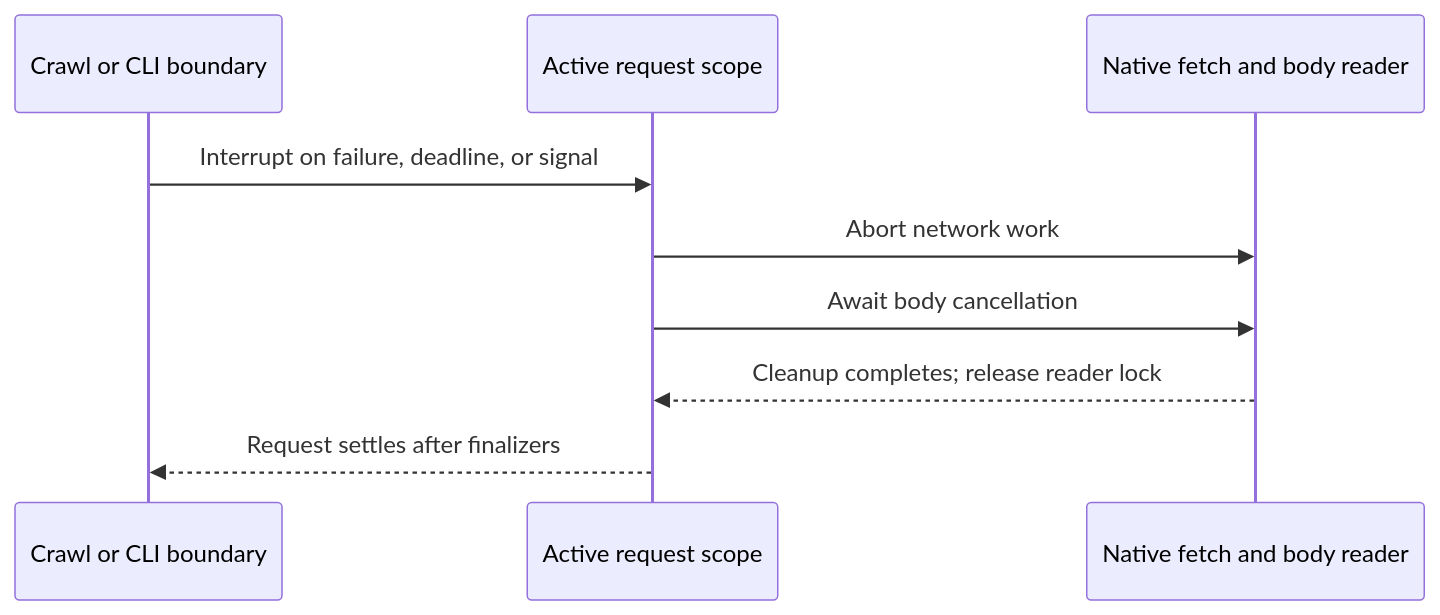
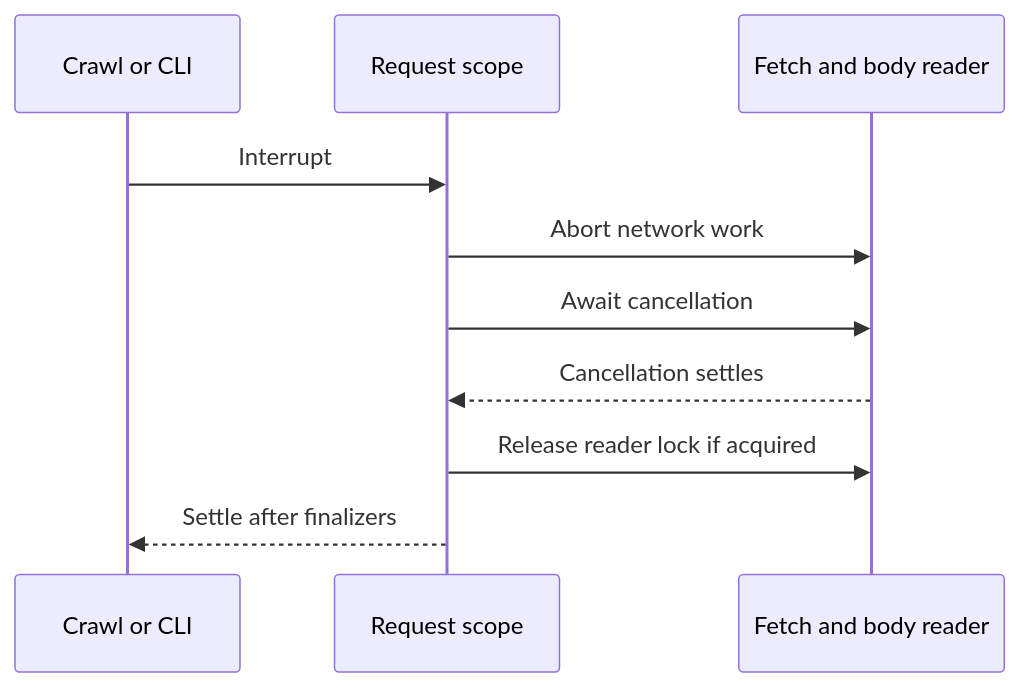
The diagram in docs/effect.md (exsesx/natter-scraper), drawn with Mermaid before and after one commit. The commit also changed other lines of this file and 7 other files, not shown here.

````diff
--- a/docs/effect.md
+++ b/docs/effect.md
@@ -17,11 +29,12 @@
 ```mermaid
 sequenceDiagram
-    participant Run as Crawl or CLI boundary
-    participant Request as Active request scope
-    participant Native as Native fetch and body reader
-    Run->>Request: Interrupt on failure, deadline, or signal
+    participant Run as Crawl or CLI
+    participant Request as Request scope
+    participant Native as Fetch and body reader
+    Run->>Request: Interrupt
     Request->>Native: Abort network work
-    Request->>Native: Await body cancellation
-    Native-->>Request: Cleanup completes#59; release reader lock
-    Request-->>Run: Request settles after finalizers
+    Request->>Native: Await cancellation
+    Native-->>Request: Cancellation settles
+    Request->>Native: Release reader lock if acquired
+    Request-->>Run: Settle after finalizers
 ```
````
